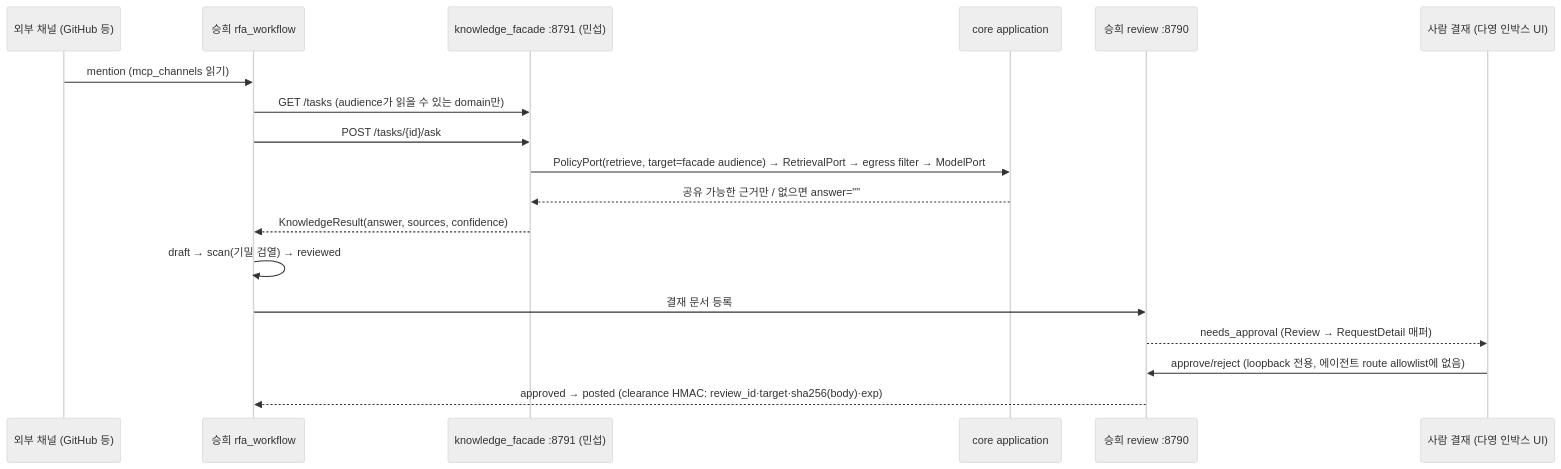
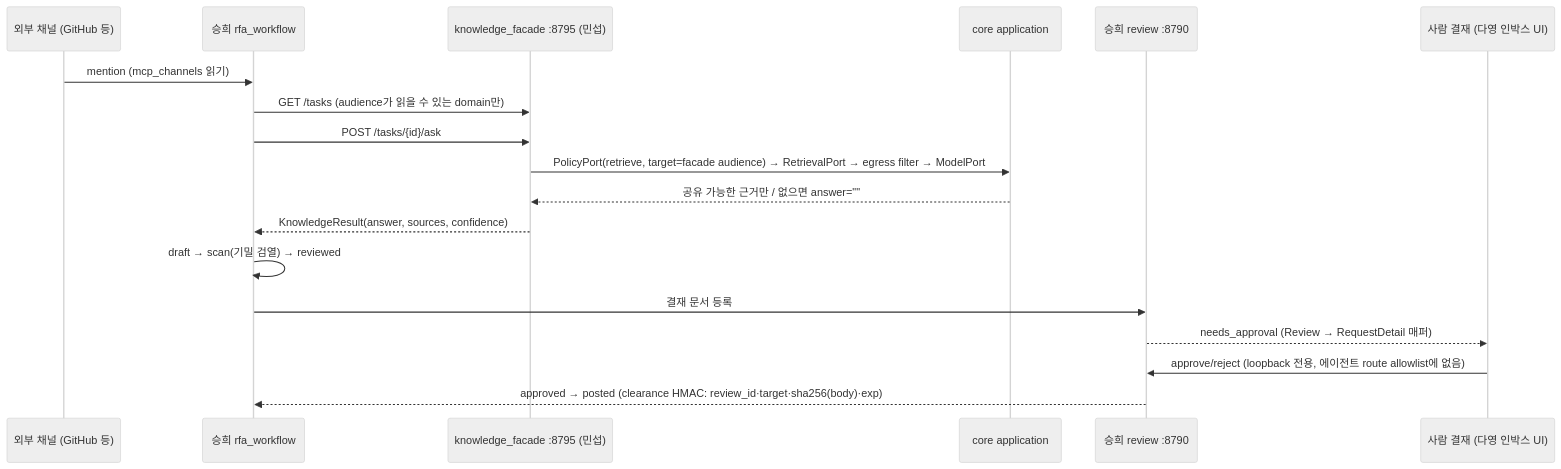
One commit to SoCAlumni/RFA_mas changed the eighth of 18 diagrams in docs/ARCHITECTURE_WORKFLOWS.md. Above: the diagram before and after it, drawn with Mermaid (neutral theme). The commit also changed other lines of this file and 10 other files, not shown here.

First line of the commit message:
sg-8: knowledge facade moves 8791 → 8795 (RFA_module head_stub owns 8791)

````diff
--- a/docs/ARCHITECTURE_WORKFLOWS.md
+++ b/docs/ARCHITECTURE_WORKFLOWS.md
@@ -357,20 +357,20 @@
 ```mermaid
 sequenceDiagram
     participant CH as 외부 채널 (GitHub 등)
     participant WF as 승희 rfa_workflow
-    participant KF as knowledge_facade :8791 (민섭)
+    participant KF as knowledge_facade :8795 (민섭)
     participant CORE as core application
     participant REV as 승희 review :8790
     participant H as 사람 결재 (다영 인박스 UI)
     CH->>WF: mention (mcp_channels 읽기)
     WF->>KF: GET /tasks (audience가 읽을 수 있는 domain만)
     WF->>KF: POST /tasks/{id}/ask
     KF->>CORE: PolicyPort(retrieve, target=facade audience) → RetrievalPort → egress filter → ModelPort
     CORE-->>KF: 공유 가능한 근거만 / 없으면 answer=""
     KF-->>WF: KnowledgeResult(answer, sources, confidence)
     WF->>WF: draft → scan(기밀 검열) → reviewed
     WF->>REV: 결재 문서 등록
     REV-->>H: needs_approval (Review → RequestDetail 매퍼)
     H->>REV: approve/reject (loopback 전용, 에이전트 route allowlist에 없음)
     REV-->>WF: approved → posted (clearance HMAC: review_id·target·sha256(body)·exp)
 ```
````
